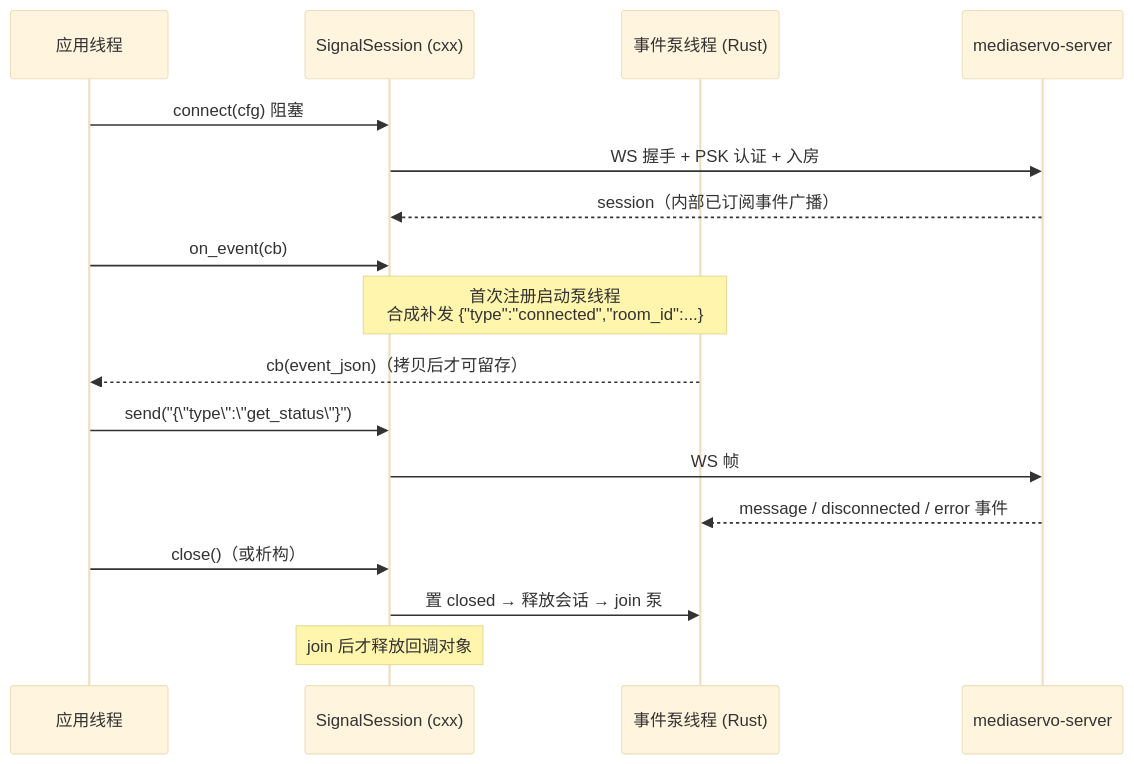
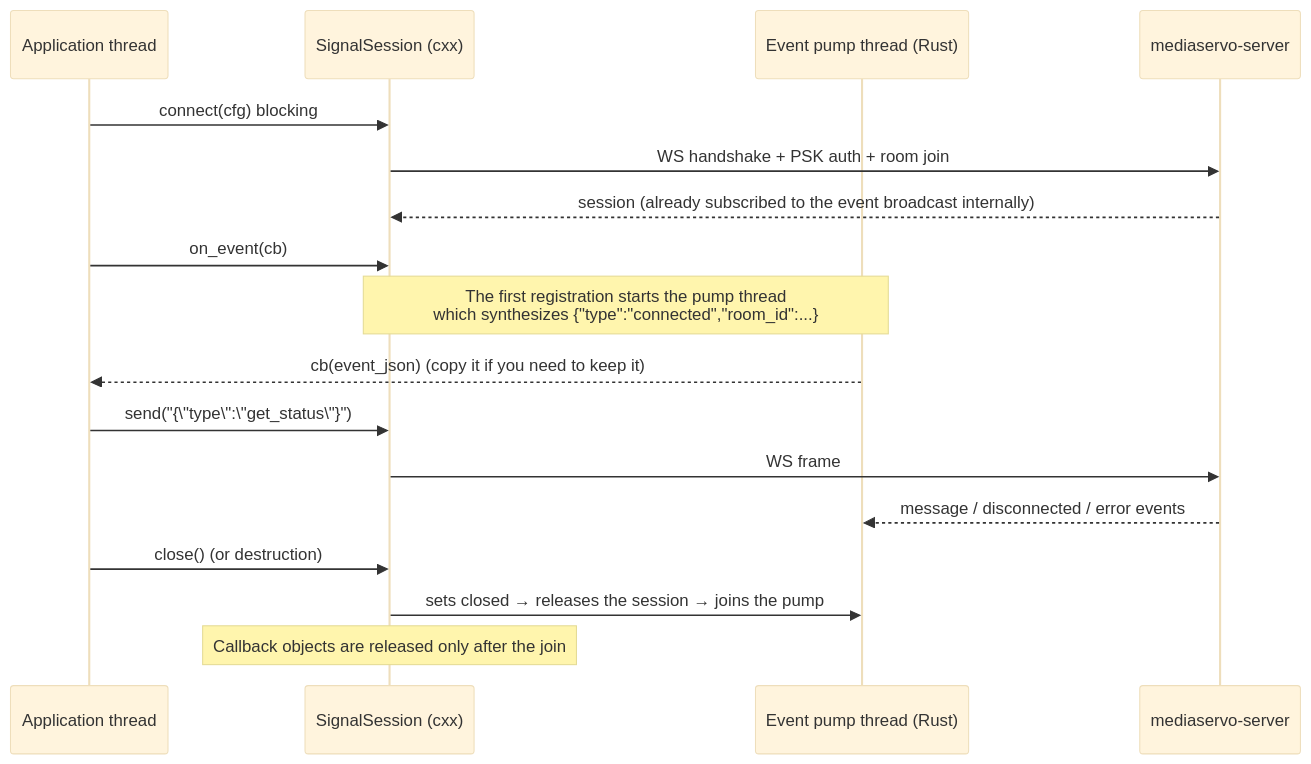
Before and after one commit to chengxuewen/MediaServo: the second of 3 diagrams in docs/reference/sdk-cxx/link.md, drawn with Mermaid (base theme). The commit also changed other lines of this file and 549 other files, not shown here.

````diff
--- a/docs/reference/sdk-cxx/link.md
+++ b/docs/reference/sdk-cxx/link.md
@@ -71,20 +75,20 @@
 ```mermaid
 sequenceDiagram
-    participant A as 应用线程
+    participant A as Application thread
     participant S as SignalSession (cxx)
-    participant P as 事件泵线程 (Rust)
+    participant P as Event pump thread (Rust)
     participant V as mediaservo-server
 
-    A->>S: connect(cfg)  阻塞
-    S->>V: WS 握手 + PSK 认证 + 入房
-    V-->>S: session（内部已订阅事件广播）
+    A->>S: connect(cfg)  blocking
+    S->>V: WS handshake + PSK auth + room join
+    V-->>S: session (already subscribed to the event broadcast internally)
     A->>S: on_event(cb)
-    Note over S,P: 首次注册启动泵线程<br/>合成补发 {"type":"connected","room_id":...}
-    P-->>A: cb(event_json)（拷贝后才可留存）
+    Note over S,P: The first registration starts the pump thread<br/>which synthesizes {"type":"connected","room_id":...}
+    P-->>A: cb(event_json) (copy it if you need to keep it)
     A->>S: send("{\"type\":\"get_status\"}")
-    S->>V: WS 帧
-    V-->>P: message / disconnected / error 事件
-    A->>S: close()（或析构）
-    S->>P: 置 closed → 释放会话 → join 泵
-    Note over S: join 后才释放回调对象
+    S->>V: WS frame
+    V-->>P: message / disconnected / error events
+    A->>S: close() (or destruction)
+    S->>P: sets closed → releases the session → joins the pump
+    Note over S: Callback objects are released only after the join
 ```
````
